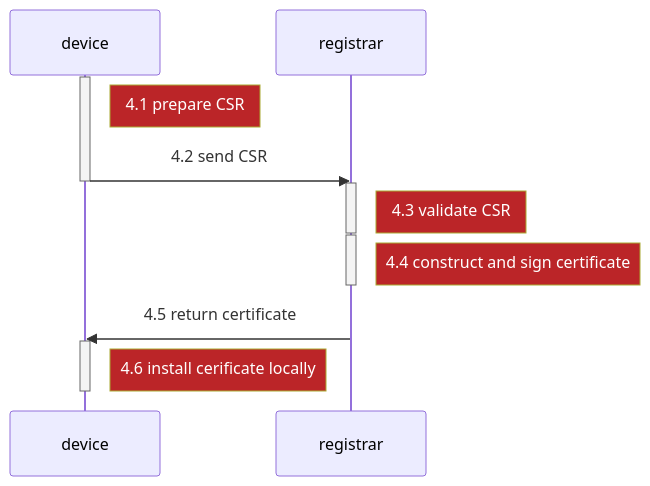
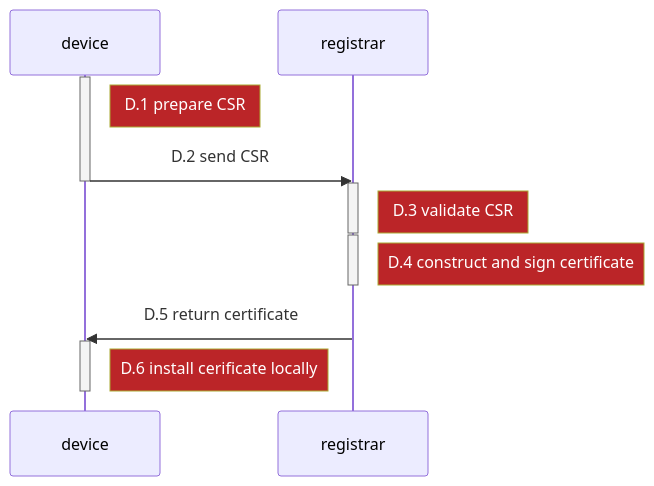
Before and after one commit to nqminds/trustnetz: the fourth of 6 diagrams in packages/docusaurus/docs/build5-docs/20-prot overview.md, drawn with Mermaid. The commit also changed other lines of this file and 33 other files, not shown here.

````diff
--- a/packages/docusaurus/docs/build5-docs/20-prot overview.md
+++ b/packages/docusaurus/docs/build5-docs/20-prot overview.md
@@ -270,41 +269,41 @@
 ```mermaid
   %%{init: {
     'themeVariables': {
       'noteBkgColor': '#BB2528',
       'noteTextColor': '#fff'
     }
   }
 }%%
 
 %%{init:{'themeCSS': 'g:nth-of-type(1) .note { stroke:blue;fill: crimson; }; ' }}%%
  
     
 sequenceDiagram
     participant device
     participant registrar
  
    
     activate device 
-    Note right of device: 4.1 prepare CSR
-    device->>-registrar: 4.2 send CSR
+    Note right of device: D.1 prepare CSR
+    device->>-registrar: D.2 send CSR
   
   	activate registrar    
-    Note right of registrar: 4.3 validate CSR
+    Note right of registrar: D.3 validate CSR
     deactivate registrar
     
     activate registrar
-    Note right of registrar: 4.4 construct and sign certificate
+    Note right of registrar: D.4 construct and sign certificate
     deactivate registrar
 
     
     
- 	registrar->>device : 4.5 return certificate
+ 	registrar->>device : D.5 return certificate
 
     
     activate device 
-    Note right of device: 4.6 install cerificate locally 
+    Note right of device: D.6 install cerificate locally 
     deactivate device 
         
     
 
 ```
````
